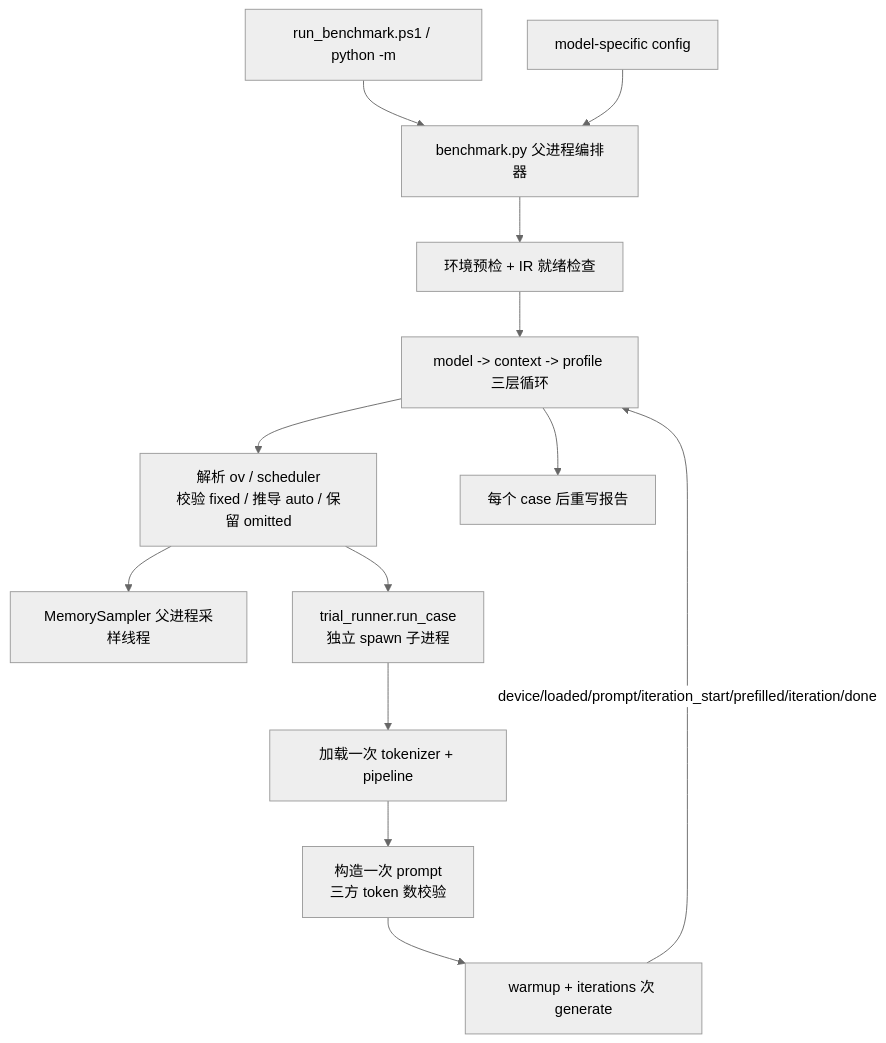
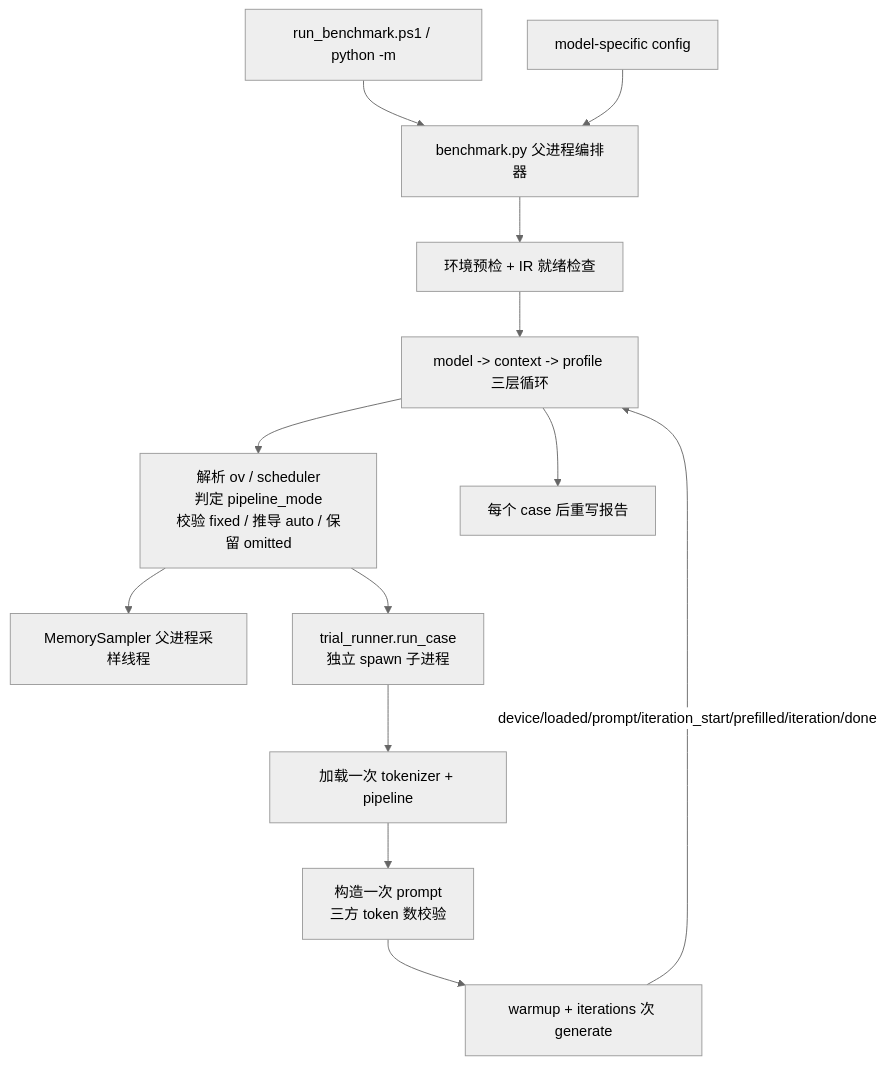
Before and after one commit to tingjiec/edge-ai-suites: the diagram in education-ai-suite/smart-classroom/docs/dev-guide/context-bench/context_bench_design.md, drawn with Mermaid (neutral theme). The commit also changed other lines of this file and 10 other files, not shown here.

````diff
--- a/education-ai-suite/smart-classroom/docs/dev-guide/context-bench/context_bench_design.md
+++ b/education-ai-suite/smart-classroom/docs/dev-guide/context-bench/context_bench_design.md
@@ -136,15 +181,15 @@
 ```mermaid
 flowchart TB
     CLI[run_benchmark.ps1 / python -m] --> ORCH[benchmark.py 父进程编排器]
     CFG[model-specific config] --> ORCH
     ORCH --> PRE[环境预检 + IR 就绪检查]
     PRE --> LOOP[model -> context -> profile 三层循环]
-    LOOP --> RESOLVE[解析 ov / scheduler<br/>校验 fixed / 推导 auto / 保留 omitted]
+    LOOP --> RESOLVE[解析 ov / scheduler<br/>判定 pipeline_mode<br/>校验 fixed / 推导 auto / 保留 omitted]
     RESOLVE --> SAMPLE[MemorySampler 父进程采样线程]
     RESOLVE --> CHILD[trial_runner.run_case<br/>独立 spawn 子进程]
     CHILD --> LOAD[加载一次 tokenizer + pipeline]
     LOAD --> PROMPT[构造一次 prompt<br/>三方 token 数校验]
     PROMPT --> ITER[warmup + iterations 次 generate]
     ITER -- device/loaded/prompt/iteration_start/prefilled/iteration/done --> LOOP
     LOOP --> REPORT[每个 case 后重写报告]
 ```
````
